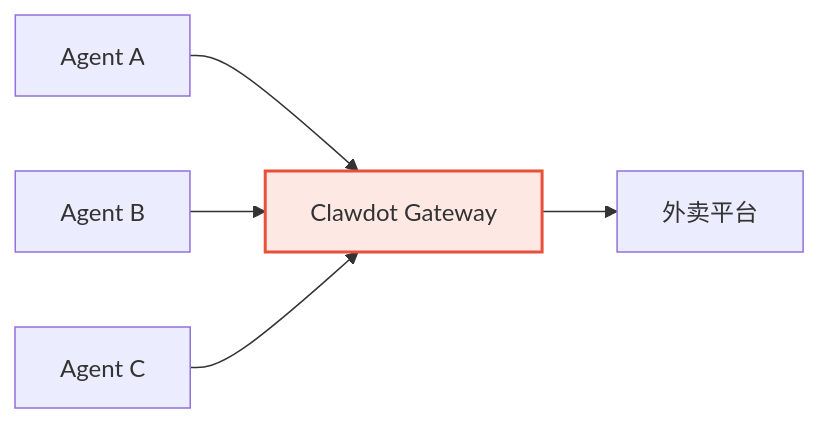
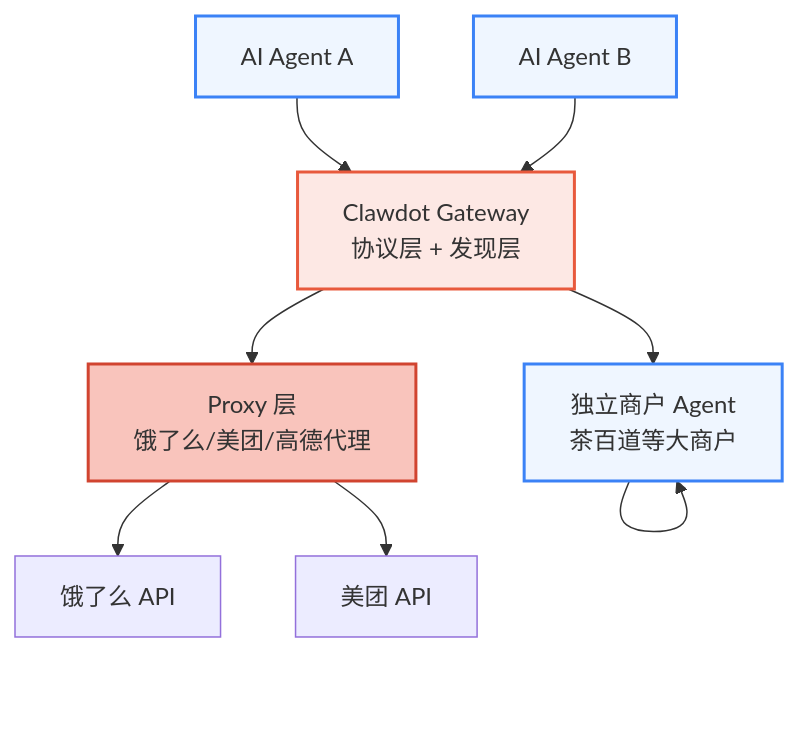
Before and after one commit to clawdot/docs: the diagram in gateway/introduction.mdx, drawn with Mermaid. The commit also changed other lines of this file and 85 other files, not shown here.

First line of the commit message:
refactor: overhaul docs — add Skills, Super Agent, i18n, and updated API reference

````diff
--- a/gateway/introduction.mdx
+++ b/gateway/introduction.mdx
@@ -10,9 +16,29 @@
 ```mermaid
-graph LR
-  A1["Agent A"] --> GW["Clawdot Gateway"]
-  A2["Agent B"] --> GW
-  A3["Agent C"] --> GW
-  GW --> P["外卖平台"]
+graph TB
+  Agent1["AI Agent A"]
+  Agent2["AI Agent B"]
 
-  style GW fill:#fde8e4,stroke:#E8503A,stroke-width:2px
+  Gateway["Clawdot Gateway<br/>协议层 + 发现层"]
+
+  ProxyLayer["Proxy 层<br/>饿了么/美团/高德代理"]
+  IndependentAgent["独立商户 Agent<br/>茶百道等大商户"]
+
+  PlatformAPI1["饿了么 API"]
+  PlatformAPI2["美团 API"]
+
+  Agent1 --> Gateway
+  Agent2 --> Gateway
+
+  Gateway --> ProxyLayer
+  Gateway --> IndependentAgent
+
+  ProxyLayer --> PlatformAPI1
+  ProxyLayer --> PlatformAPI2
+  IndependentAgent --> IndependentAgent
+
+  style Gateway fill:#fde8e4,stroke:#E8593C,stroke-width:2px
+  style Agent1 fill:#EFF6FF,stroke:#3B82F6,stroke-width:2px
+  style Agent2 fill:#EFF6FF,stroke:#3B82F6,stroke-width:2px
+  style ProxyLayer fill:#f9c4bc,stroke:#D14430,stroke-width:2px
+  style IndependentAgent fill:#EFF6FF,stroke:#3B82F6,stroke-width:2px
 ```
````
